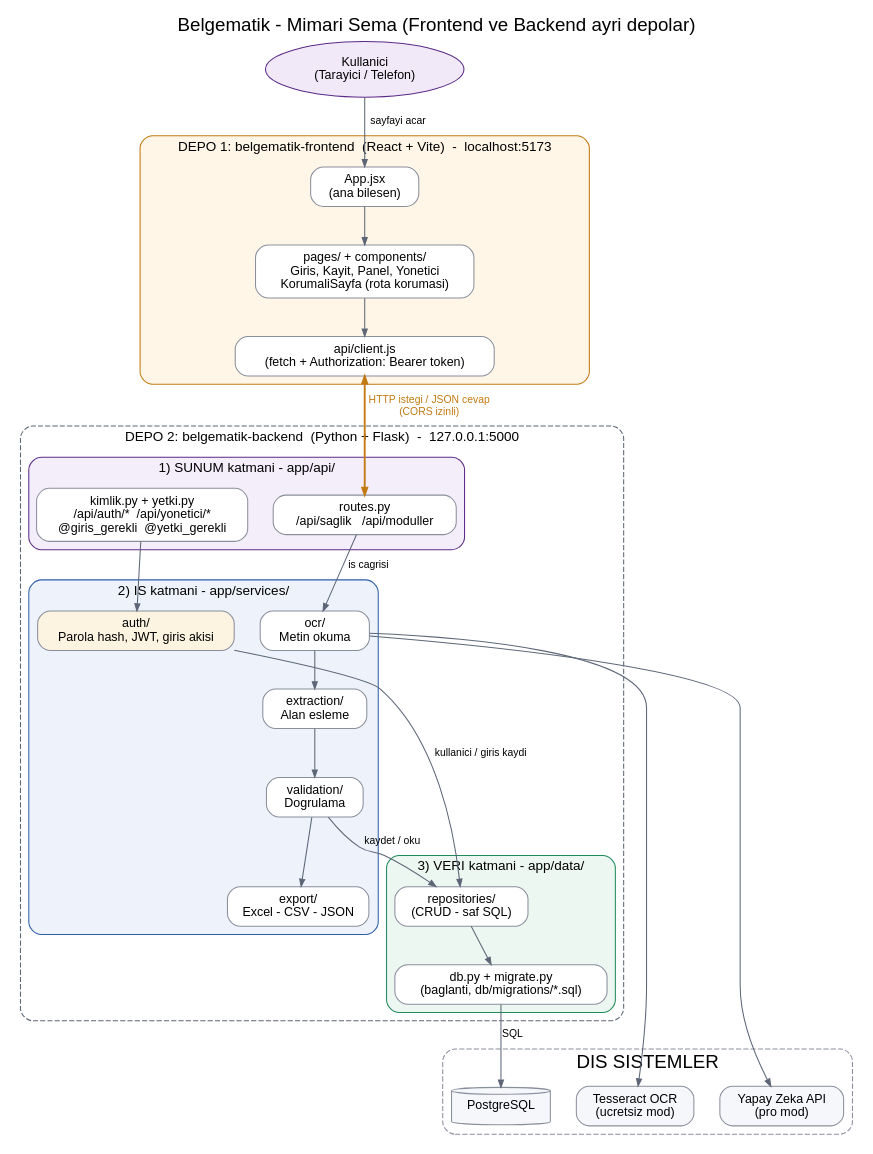
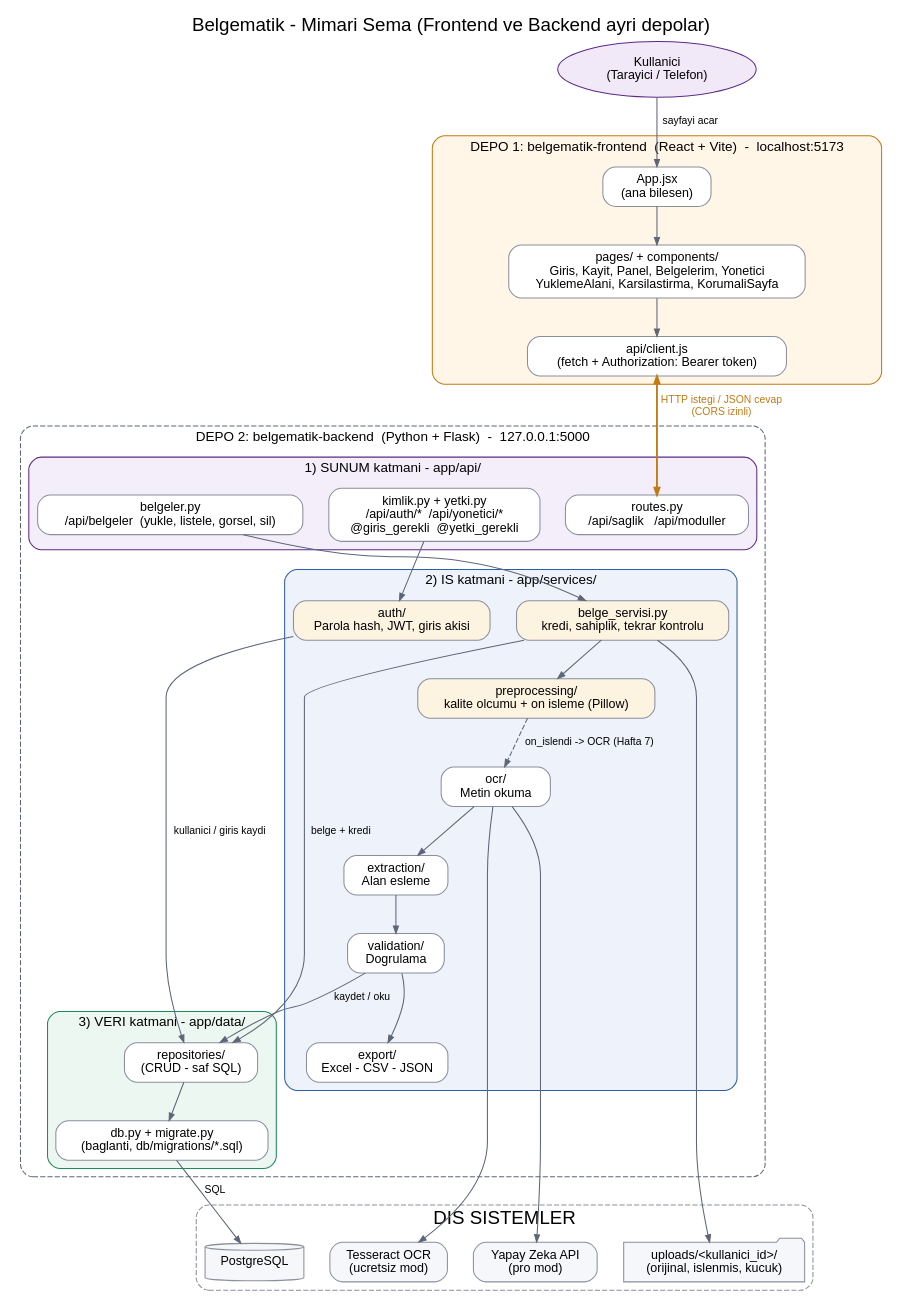
One commit to hasankamiloglu/belgematik-backend changed the diagram in docs/mimari-sema.dot. Above: the diagram before and after it, drawn with Graphviz. The commit also changed 20 other files, not shown here.

Commit message:
Hafta 6: fotograf yukleme, kalite olcumu, on isleme, is kurallari

```diff
--- a/docs/mimari-sema.dot
+++ b/docs/mimari-sema.dot
@@ -1,59 +1,67 @@
 digraph Mimari {
   rankdir=TB; bgcolor="white"; fontname="Helvetica"; nodesep=0.35; ranksep=0.5; compound=true;
   node [shape=box, style="rounded,filled", fontname="Helvetica", fontsize=12, color="#8a8f9c", fillcolor="white", margin="0.18,0.08"];
   edge [color="#5d6677", fontname="Helvetica", fontsize=10, arrowsize=0.7];
   label="Belgematik - Mimari Sema (Frontend ve Backend ayri depolar)"; labelloc=t; fontsize=18;
 
   kullanici [label="Kullanici\n(Tarayici / Telefon)", shape=ellipse, fillcolor="#f1e9f8", color="#5b2a86"];
 
   subgraph cluster_fe {
     label="DEPO 1: belgematik-frontend  (React + Vite)  -  localhost:5173";
     style="rounded,filled"; fillcolor="#fff6e8"; color="#c27a12"; fontsize=13;
     app_jsx [label="App.jsx\n(ana bilesen)"];
-    comps [label="pages/ + components/\nGiris, Kayit, Panel, Yonetici\nKorumaliSayfa (rota korumasi)"];
+    comps [label="pages/ + components/\nGiris, Kayit, Panel, Belgelerim, Yonetici\nYuklemeAlani, Karsilastirma, KorumaliSayfa"];
     client [label="api/client.js\n(fetch + Authorization: Bearer token)"];
     app_jsx -> comps -> client;
   }
 
   subgraph cluster_be {
     label="DEPO 2: belgematik-backend  (Python + Flask)  -  127.0.0.1:5000";
     style="rounded,dashed"; color="#5d6677"; fontsize=13;
     subgraph cluster_api {
       label="1) SUNUM katmani - app/api/"; style="rounded,filled"; fillcolor="#f4eefa"; color="#5b2a86";
       routes [label="routes.py\n/api/saglik   /api/moduller"];
+      belge_api [label="belgeler.py\n/api/belgeler  (yukle, listele, gorsel, sil)"];
       kimlik_api [label="kimlik.py + yetki.py\n/api/auth/*  /api/yonetici/*\n@giris_gerekli  @yetki_gerekli"];
     }
     subgraph cluster_is {
       label="2) IS katmani - app/services/"; style="rounded,filled"; fillcolor="#eef3fb"; color="#2f5ea8";
       auth [label="auth/\nParola hash, JWT, giris akisi", fillcolor="#fdf3e1"];
+      belge_srv [label="belge_servisi.py\nkredi, sahiplik, tekrar kontrolu", fillcolor="#fdf3e1"];
+      prep [label="preprocessing/\nkalite olcumu + on isleme (Pillow)", fillcolor="#fdf3e1"];
       ocr [label="ocr/\nMetin okuma"];
       extraction [label="extraction/\nAlan esleme"];
       validation [label="validation/\nDogrulama"];
       export [label="export/\nExcel - CSV - JSON"];
       ocr -> extraction -> validation -> export;
     }
     subgraph cluster_veri {
       label="3) VERI katmani - app/data/"; style="rounded,filled"; fillcolor="#edf7f1"; color="#1f8a5b";
       repos [label="repositories/\n(CRUD - saf SQL)"];
       models [label="db.py + migrate.py\n(baglanti, db/migrations/*.sql)"];
       repos -> models;
     }
   }
 
   subgraph cluster_dis {
     label="DIS SISTEMLER"; style="rounded,dashed"; color="#8a8f9c";
     pg [label="PostgreSQL", shape=cylinder, fillcolor="#f6f7fb"];
+    disk [label="uploads/<kullanici_id>/\n(orijinal, islenmis, kucuk)", shape=folder, fillcolor="#f6f7fb"];
     tess [label="Tesseract OCR\n(ucretsiz mod)", fillcolor="#f6f7fb"];
     llm [label="Yapay Zeka API\n(pro mod)", fillcolor="#f6f7fb"];
   }
 
   kullanici -> app_jsx [label=" sayfayi acar"];
   client -> routes [label=" HTTP istegi / JSON cevap\n (CORS izinli)", color="#c27a12", fontcolor="#c27a12", penwidth=1.8, dir=both];
-  routes -> ocr [label=" is cagrisi"];
+  belge_api -> belge_srv;
+  belge_srv -> prep;
+  prep -> ocr [label=" on_islendi -> OCR (Hafta 7)", style=dashed];
+  belge_srv -> repos [label=" belge + kredi"];
+  belge_srv -> disk;
   kimlik_api -> auth;
   auth -> repos [label=" kullanici / giris kaydi"];
   validation -> repos [label=" kaydet / oku"];
   models -> pg [label=" SQL"];
   ocr -> tess;
   ocr -> llm;
 }
```
